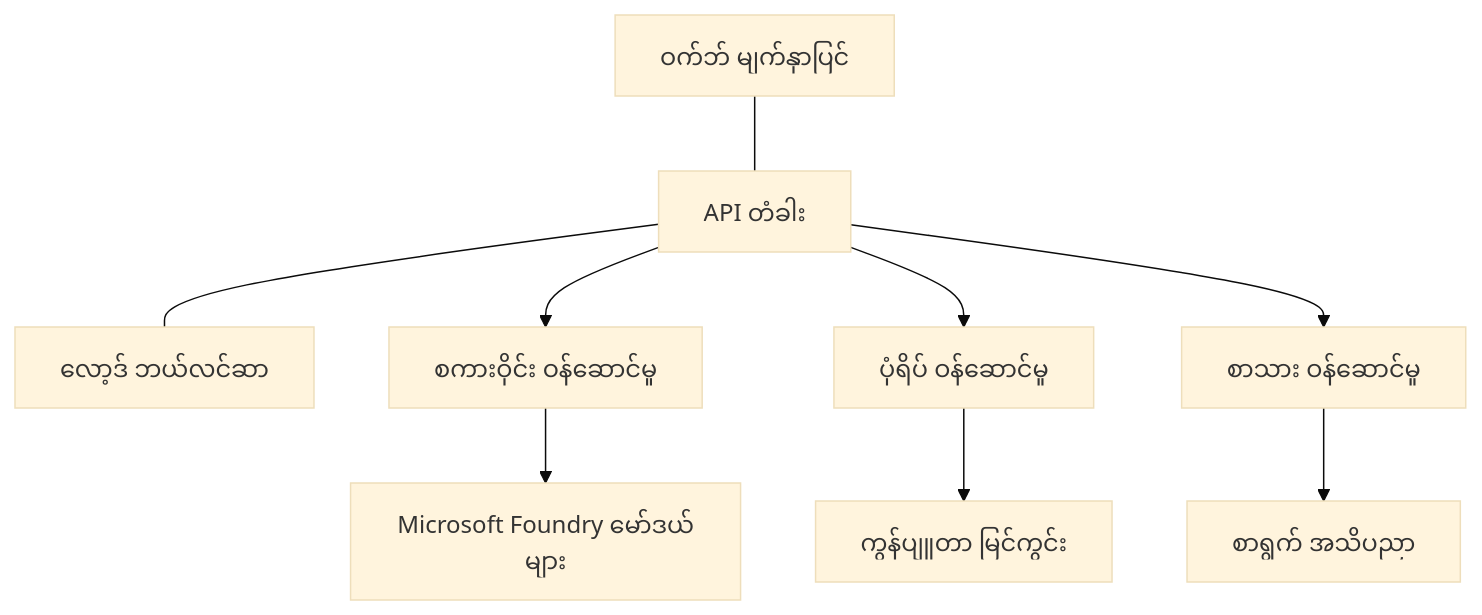
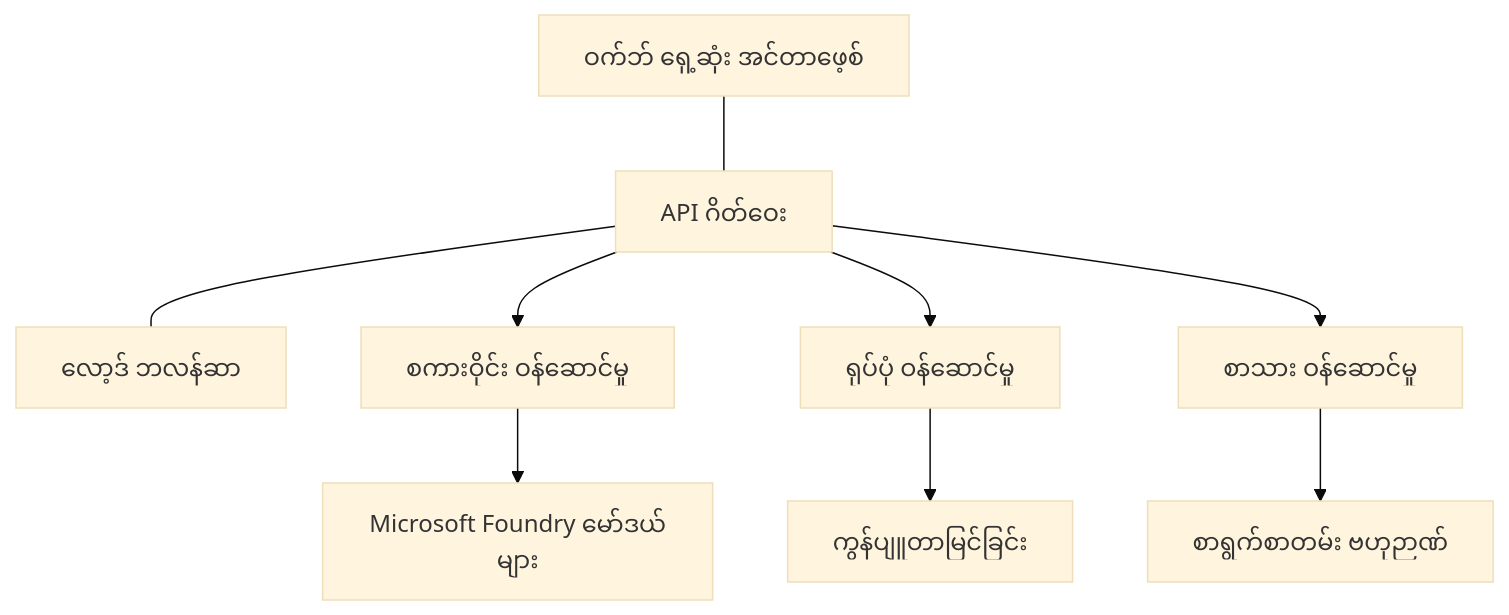
One commit to microsoft/AZD-for-beginners changed the diagram in translations/my/docs/chapter-08-production/production-ai-practices.md. Above: the diagram before and after it, drawn with Mermaid (base theme). The commit also changed other lines of this file and 101 other files, not shown here.

````diff
--- a/translations/my/docs/chapter-08-production/production-ai-practices.md
+++ b/translations/my/docs/chapter-08-production/production-ai-practices.md
@@ -30,10 +30,10 @@
 ```mermaid
 graph TD
-    Frontend[ဝက်ဘ် မျက်နှာပြင်] --- Gateway[API တံခါး] --- LB[လော့ဒ် ဘယ်လင်ဆာ]
+    Frontend[ဝက်ဘ် ရှေ့ဆုံး အင်တာဖေ့စ်] --- Gateway[API ဂိတ်ဝေး] --- LB[လော့ဒ် ဘလန်ဆာ]
     Gateway --> Chat[စကားဝိုင်း ဝန်ဆောင်မှု]
-    Gateway --> Image[ပုံရိပ် ဝန်ဆောင်မှု]
+    Gateway --> Image[ရုပ်ပုံ ဝန်ဆောင်မှု]
     Gateway --> Text[စာသား ဝန်ဆောင်မှု]
     Chat --> OpenAI[Microsoft Foundry မော်ဒယ်များ]
-    Image --> Vision[ကွန်ပျူတာ မြင်ကွင်း]
-    Text --> DocIntel[စာရွက် အသိပညာ]
+    Image --> Vision[ကွန်ပျူတာမြင်ခြင်း]
+    Text --> DocIntel[စာရွက်စာတမ်း ဗဟုဉာဏ်]
 ```
````
